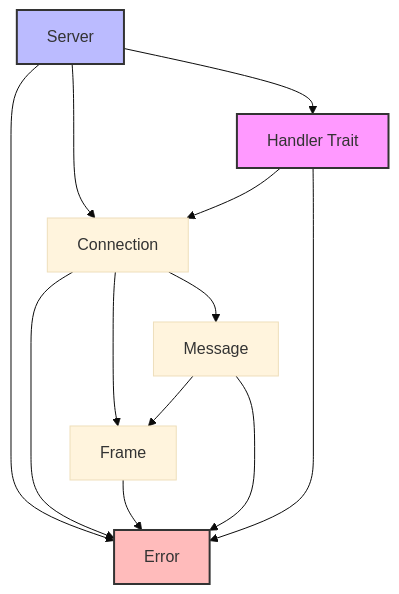
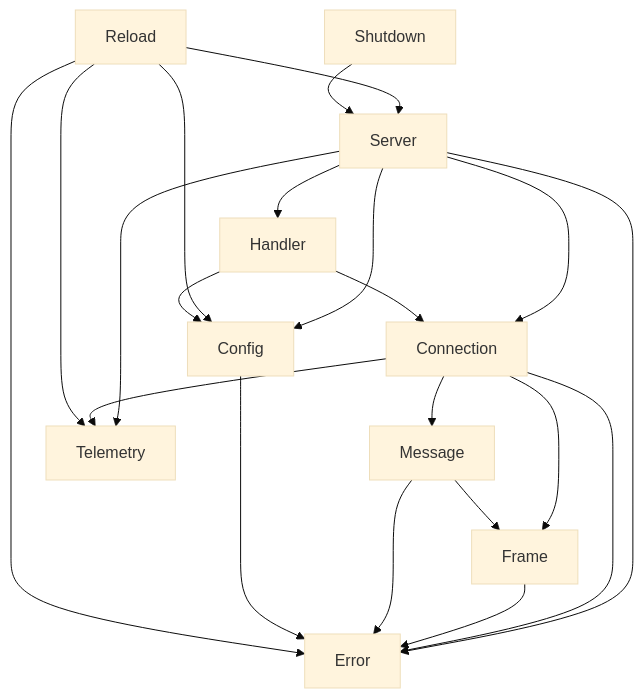
One commit to photom/rust-milter changed the seventh of 7 diagrams in docs/reference/architecture.md. Above: the diagram before and after it, drawn with Mermaid (base theme). The commit also changed other lines of this file and 13 other files, not shown here.

````diff
--- a/docs/reference/architecture.md
+++ b/docs/reference/architecture.md
@@ -406,22 +415,23 @@
 ```mermaid
-graph TD
+flowchart TD
     Server --> Connection
-    Server --> Handler[Handler Trait]
-    Server --> Error
-
+    Server --> Handler
+    Server --> Config
+    Reload --> Config
+    Reload --> Server
+    Shutdown --> Server
+    Handler --> Connection
+    Handler --> Config
     Connection --> Frame
     Connection --> Message
+    Message --> Frame
+    Server --> Telemetry
+    Connection --> Telemetry
+    Reload --> Telemetry
+    Server --> Error
     Connection --> Error
-
     Frame --> Error
-
-    Message --> Frame
     Message --> Error
-
-    Handler --> Connection
-    Handler --> Error
-
-    style Handler fill:#f9f,stroke:#333,stroke-width:2px
-    style Error fill:#fbb,stroke:#333,stroke-width:2px
-    style Server fill:#bbf,stroke:#333,stroke-width:2px
+    Config --> Error
+    Reload --> Error
 ```
````
